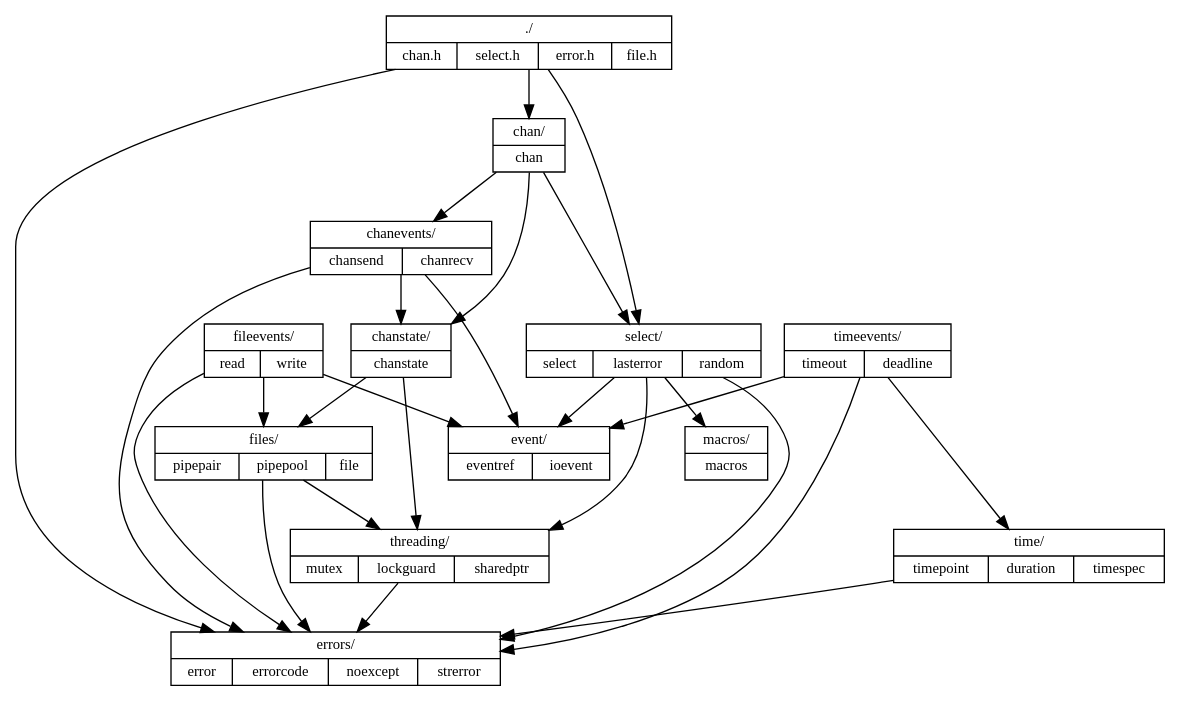
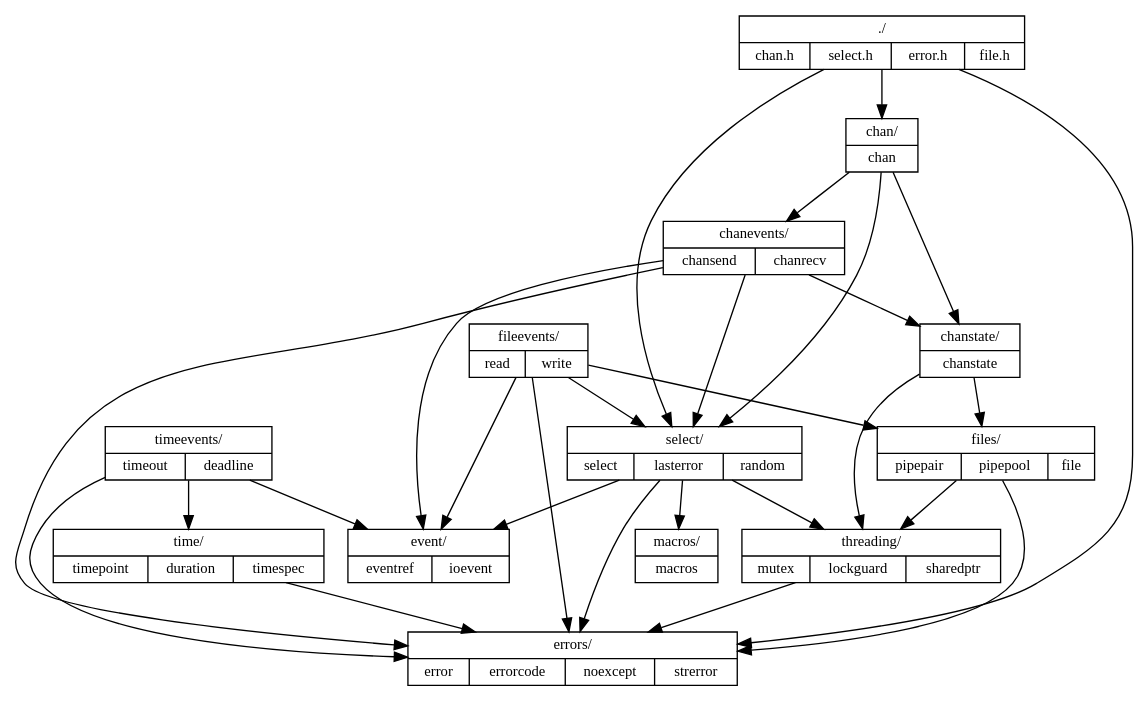
One commit to dgoffredo/chan changed the diagram in src/chan/dependencies.dot. Above: the diagram before and after it, drawn with Graphviz. The commit also changed 39 other files, not shown here.

```diff
--- a/src/chan/dependencies.dot
+++ b/src/chan/dependencies.dot
@@ -1,52 +1,54 @@
 digraph structs {
     node [shape=record, fontsize=11];
 
     root       [label="{./|{chan.h|select.h|error.h|file.h}}"];
     chan       [label="{chan/|{chan}}"];
     chanevents [label="{chanevents/|{chansend|chanrecv}}"];
     chanstate  [label="{chanstate/|{chanstate}}"];
     fileevents [label="{fileevents/|{read|write}}"];
     files      [label="{files/|{pipepair|pipepool|file}}"];
     select     [label="{select/|{select|lasterror|random}}"];
     errors     [label="{errors/|{error|errorcode|noexcept|strerror}}"];
     threading  [label="{threading/|{mutex|lockguard|sharedptr}}"];
     event      [label="{event/|{eventref|ioevent}}"];
     macros     [label="{macros/|{macros}}"];
     time       [label="{time/|{timepoint|duration|timespec}}"];
     timeevents [label="{timeevents/|{timeout|deadline}}"];
 
     root -> chan;
     root -> errors;
     root -> select;
 
     chan -> chanevents;
     chan -> chanstate;
     chan -> select;
 
     chanevents -> chanstate;
     chanevents -> event;
     chanevents -> errors;
+    chanevents -> select;
     
     chanstate -> files;
     chanstate -> threading;
 
     fileevents -> files;
     fileevents -> event;
     fileevents -> errors;
+    fileevents -> select;
 
     files -> errors;
     files -> threading;
 
     select -> threading;
     select -> errors;
     select -> event;
     select -> macros;
 
     time -> errors;
     
     timeevents -> time;
     timeevents -> event;
     timeevents -> errors;
 
     threading -> errors;
 }
```
